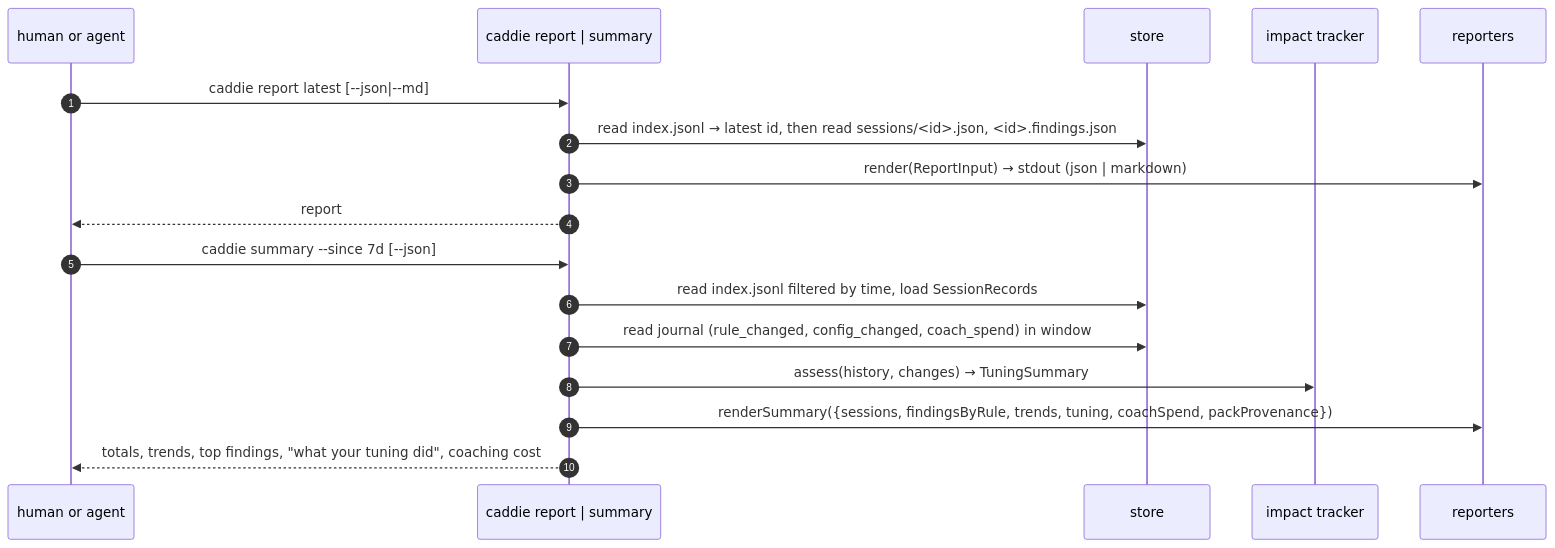
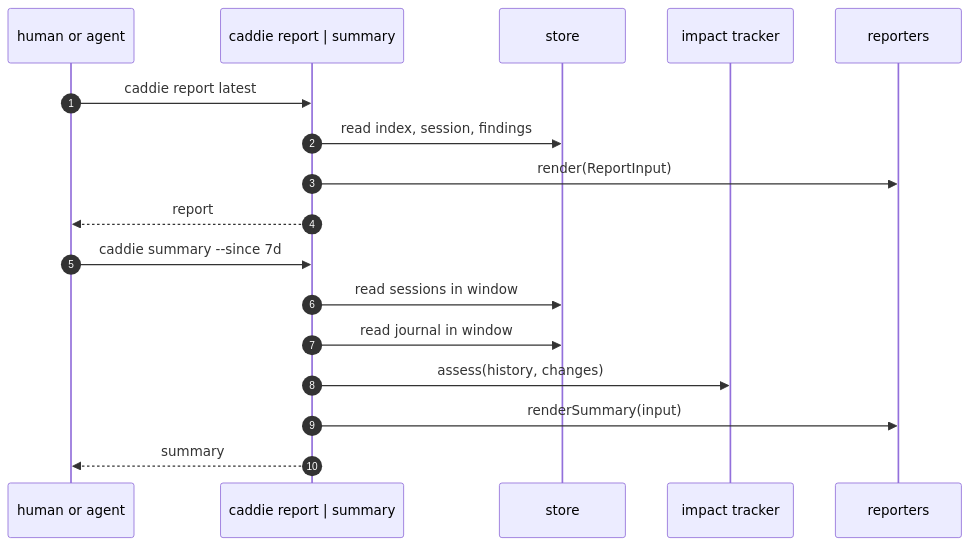
One commit to wrightm/agent-caddie changed the third of 8 diagrams in docs/architecture/flows.md. Above: the diagram before and after it, drawn with Mermaid. The commit also changed other lines of this file, not shown here.

First line of the commit message:
docs(architecture): shorten sequence diagram labels in flows.md

````diff
--- a/docs/architecture/flows.md
+++ b/docs/architecture/flows.md
@@ -154,21 +213,21 @@
 ```mermaid
 sequenceDiagram
     autonumber
     participant U as human or agent
     participant CLI as caddie report | summary
     participant ST as store
     participant IM as impact tracker
     participant RP as reporters
 
-    U->>CLI: caddie report latest [--json|--md]
-    CLI->>ST: read index.jsonl → latest id, then read sessions/<id>.json, <id>.findings.json
-    CLI->>RP: render(ReportInput) → stdout (json | markdown)
+    U->>CLI: caddie report latest
+    CLI->>ST: read index, session, findings
+    CLI->>RP: render(ReportInput)
     CLI-->>U: report
 
-    U->>CLI: caddie summary --since 7d [--json]
-    CLI->>ST: read index.jsonl filtered by time, load SessionRecords
-    CLI->>ST: read journal (rule_changed, config_changed, coach_spend) in window
-    CLI->>IM: assess(history, changes) → TuningSummary
-    CLI->>RP: renderSummary({sessions, findingsByRule, trends, tuning, coachSpend, packProvenance})
-    CLI-->>U: totals, trends, top findings, "what your tuning did", coaching cost
+    U->>CLI: caddie summary --since 7d
+    CLI->>ST: read sessions in window
+    CLI->>ST: read journal in window
+    CLI->>IM: assess(history, changes)
+    CLI->>RP: renderSummary(input)
+    CLI-->>U: summary
 ```
````
